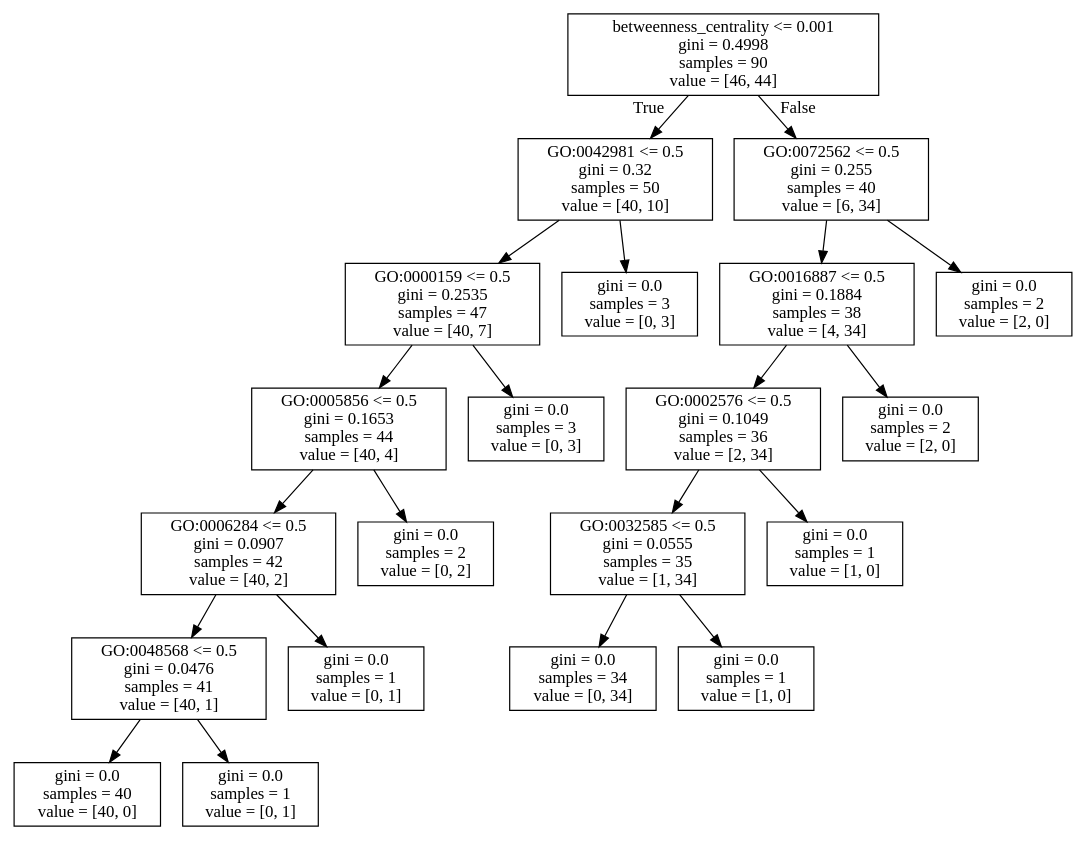
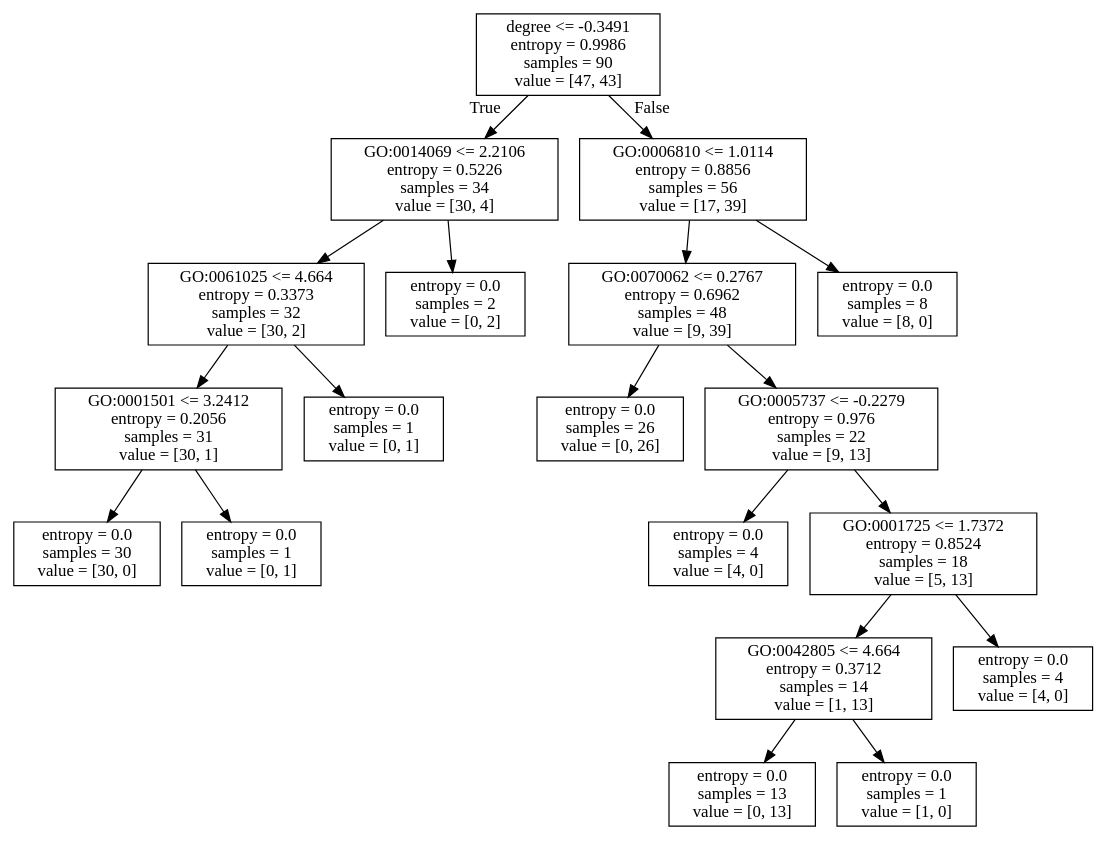
One commit to harifrici/translocatome changed the diagram in ml/tree.dot. Above: the diagram before and after it, drawn with Graphviz. The commit also changed 3 other files, not shown here.

```diff
--- a/ml/tree.dot
+++ b/ml/tree.dot
@@ -1,44 +1,40 @@
 digraph Tree {
 node [shape=box] ;
-0 [label="betweenness_centrality <= 0.001\ngini = 0.4998\nsamples = 90\nvalue = [46, 44]"] ;
-1 [label="GO:0042981 <= 0.5\ngini = 0.32\nsamples = 50\nvalue = [40, 10]"] ;
+0 [label="degree <= -0.3491\nentropy = 0.9986\nsamples = 90\nvalue = [47, 43]"] ;
+1 [label="GO:0014069 <= 2.2106\nentropy = 0.5226\nsamples = 34\nvalue = [30, 4]"] ;
 0 -> 1 [labeldistance=2.5, labelangle=45, headlabel="True"] ;
-2 [label="GO:0000159 <= 0.5\ngini = 0.2535\nsamples = 47\nvalue = [40, 7]"] ;
+2 [label="GO:0061025 <= 4.664\nentropy = 0.3373\nsamples = 32\nvalue = [30, 2]"] ;
 1 -> 2 ;
-3 [label="GO:0005856 <= 0.5\ngini = 0.1653\nsamples = 44\nvalue = [40, 4]"] ;
+3 [label="GO:0001501 <= 3.2412\nentropy = 0.2056\nsamples = 31\nvalue = [30, 1]"] ;
 2 -> 3 ;
-4 [label="GO:0006284 <= 0.5\ngini = 0.0907\nsamples = 42\nvalue = [40, 2]"] ;
+4 [label="entropy = 0.0\nsamples = 30\nvalue = [30, 0]"] ;
 3 -> 4 ;
-5 [label="GO:0048568 <= 0.5\ngini = 0.0476\nsamples = 41\nvalue = [40, 1]"] ;
-4 -> 5 ;
-6 [label="gini = 0.0\nsamples = 40\nvalue = [40, 0]"] ;
-5 -> 6 ;
-7 [label="gini = 0.0\nsamples = 1\nvalue = [0, 1]"] ;
-5 -> 7 ;
-8 [label="gini = 0.0\nsamples = 1\nvalue = [0, 1]"] ;
-4 -> 8 ;
-9 [label="gini = 0.0\nsamples = 2\nvalue = [0, 2]"] ;
-3 -> 9 ;
-10 [label="gini = 0.0\nsamples = 3\nvalue = [0, 3]"] ;
-2 -> 10 ;
-11 [label="gini = 0.0\nsamples = 3\nvalue = [0, 3]"] ;
-1 -> 11 ;
-12 [label="GO:0072562 <= 0.5\ngini = 0.255\nsamples = 40\nvalue = [6, 34]"] ;
-0 -> 12 [labeldistance=2.5, labelangle=-45, headlabel="False"] ;
-13 [label="GO:0016887 <= 0.5\ngini = 0.1884\nsamples = 38\nvalue = [4, 34]"] ;
-12 -> 13 ;
-14 [label="GO:0002576 <= 0.5\ngini = 0.1049\nsamples = 36\nvalue = [2, 34]"] ;
+5 [label="entropy = 0.0\nsamples = 1\nvalue = [0, 1]"] ;
+3 -> 5 ;
+6 [label="entropy = 0.0\nsamples = 1\nvalue = [0, 1]"] ;
+2 -> 6 ;
+7 [label="entropy = 0.0\nsamples = 2\nvalue = [0, 2]"] ;
+1 -> 7 ;
+8 [label="GO:0006810 <= 1.0114\nentropy = 0.8856\nsamples = 56\nvalue = [17, 39]"] ;
+0 -> 8 [labeldistance=2.5, labelangle=-45, headlabel="False"] ;
+9 [label="GO:0070062 <= 0.2767\nentropy = 0.6962\nsamples = 48\nvalue = [9, 39]"] ;
+8 -> 9 ;
+10 [label="entropy = 0.0\nsamples = 26\nvalue = [0, 26]"] ;
+9 -> 10 ;
+11 [label="GO:0005737 <= -0.2279\nentropy = 0.976\nsamples = 22\nvalue = [9, 13]"] ;
+9 -> 11 ;
+12 [label="entropy = 0.0\nsamples = 4\nvalue = [4, 0]"] ;
+11 -> 12 ;
+13 [label="GO:0001725 <= 1.7372\nentropy = 0.8524\nsamples = 18\nvalue = [5, 13]"] ;
+11 -> 13 ;
+14 [label="GO:0042805 <= 4.664\nentropy = 0.3712\nsamples = 14\nvalue = [1, 13]"] ;
 13 -> 14 ;
-15 [label="GO:0032585 <= 0.5\ngini = 0.0555\nsamples = 35\nvalue = [1, 34]"] ;
+15 [label="entropy = 0.0\nsamples = 13\nvalue = [0, 13]"] ;
 14 -> 15 ;
-16 [label="gini = 0.0\nsamples = 34\nvalue = [0, 34]"] ;
-15 -> 16 ;
-17 [label="gini = 0.0\nsamples = 1\nvalue = [1, 0]"] ;
-15 -> 17 ;
-18 [label="gini = 0.0\nsamples = 1\nvalue = [1, 0]"] ;
-14 -> 18 ;
-19 [label="gini = 0.0\nsamples = 2\nvalue = [2, 0]"] ;
-13 -> 19 ;
-20 [label="gini = 0.0\nsamples = 2\nvalue = [2, 0]"] ;
-12 -> 20 ;
+16 [label="entropy = 0.0\nsamples = 1\nvalue = [1, 0]"] ;
+14 -> 16 ;
+17 [label="entropy = 0.0\nsamples = 4\nvalue = [4, 0]"] ;
+13 -> 17 ;
+18 [label="entropy = 0.0\nsamples = 8\nvalue = [8, 0]"] ;
+8 -> 18 ;
 }
```
